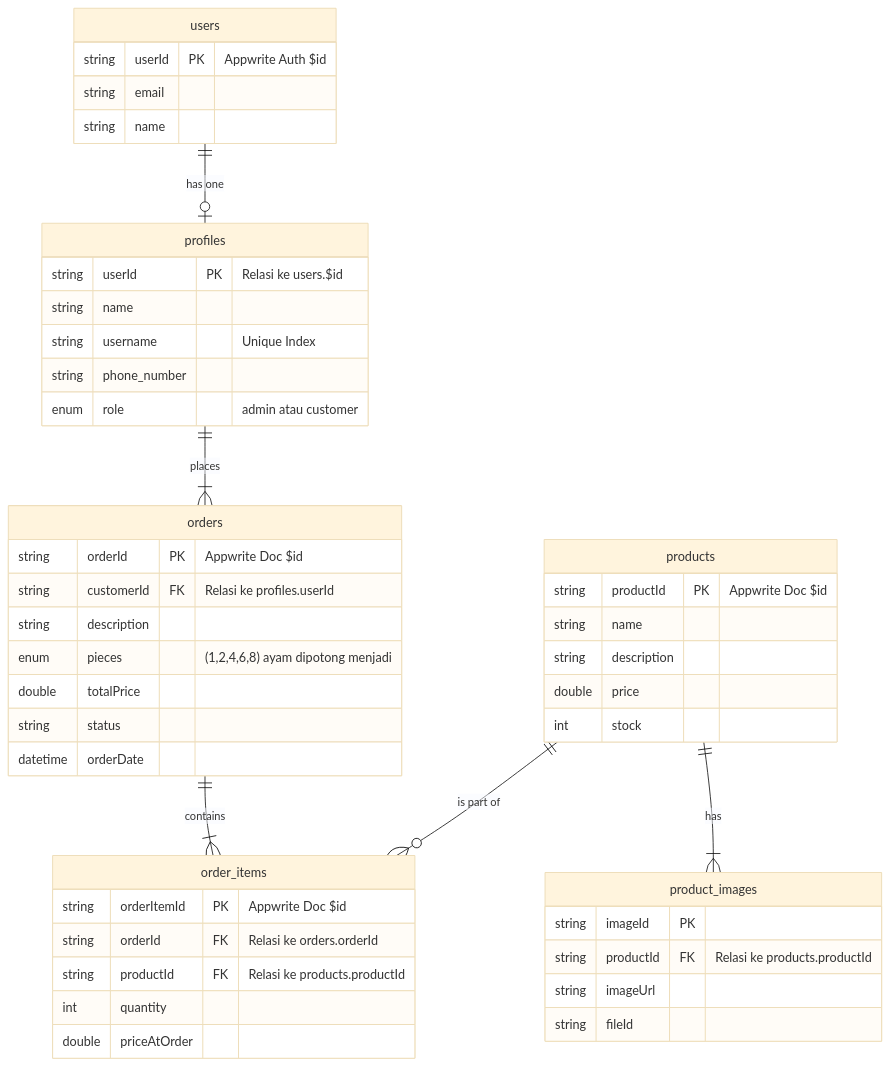
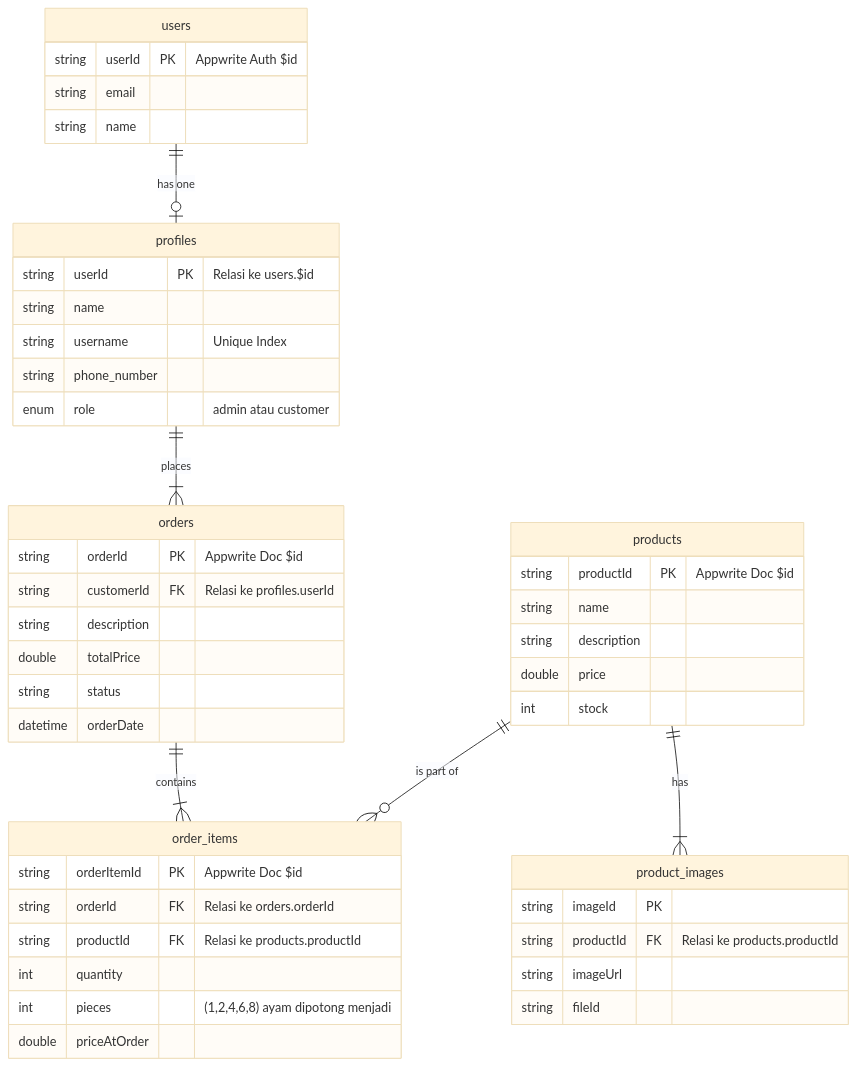
One commit to azharmlnf/aplikasi-pemesanan-ayam-potong changed the second of 2 diagrams in dokumen-srs-Azhar-221240001263.md. Above: the diagram before and after it, drawn with Mermaid (base theme). The commit also changed other lines of this file and 10 other files, not shown here.

````diff
--- a/dokumen-srs-Azhar-221240001263.md
+++ b/dokumen-srs-Azhar-221240001263.md
@@ -214,55 +214,55 @@
 ```mermaid
 erDiagram
     users {
         string userId PK "Appwrite Auth $id"
         string email
         string name
     }
 
     profiles {
         string userId PK "Relasi ke users.$id"
         string name
         string username "Unique Index"
         string phone_number
         enum role "admin atau customer"
     }
 
     products {
         string productId PK "Appwrite Doc $id"
         string name
         string description
         double price
         int stock
     }
 
     product_images {
         string imageId PK
         string productId FK "Relasi ke products.productId"
         string imageUrl
         string fileId
     }
 
     orders {
         string orderId PK "Appwrite Doc $id"
         string customerId FK "Relasi ke profiles.userId"
         string description 
-        enum pieces  "(1,2,4,6,8) ayam dipotong menjadi"
         double totalPrice
         string status
         datetime orderDate
     }
 
     order_items {
         string orderItemId PK "Appwrite Doc $id"
         string orderId FK "Relasi ke orders.orderId"
         string productId FK "Relasi ke products.productId"
         int quantity
+        int pieces  "(1,2,4,6,8) ayam dipotong menjadi"
         double priceAtOrder
     }
 
     users ||--o| profiles : "has one"
     profiles ||--|{ orders : "places"
     orders ||--|{ order_items : "contains"
     products ||--o{ order_items : "is part of"
     products ||--|{ product_images : "has"
 ```
````
